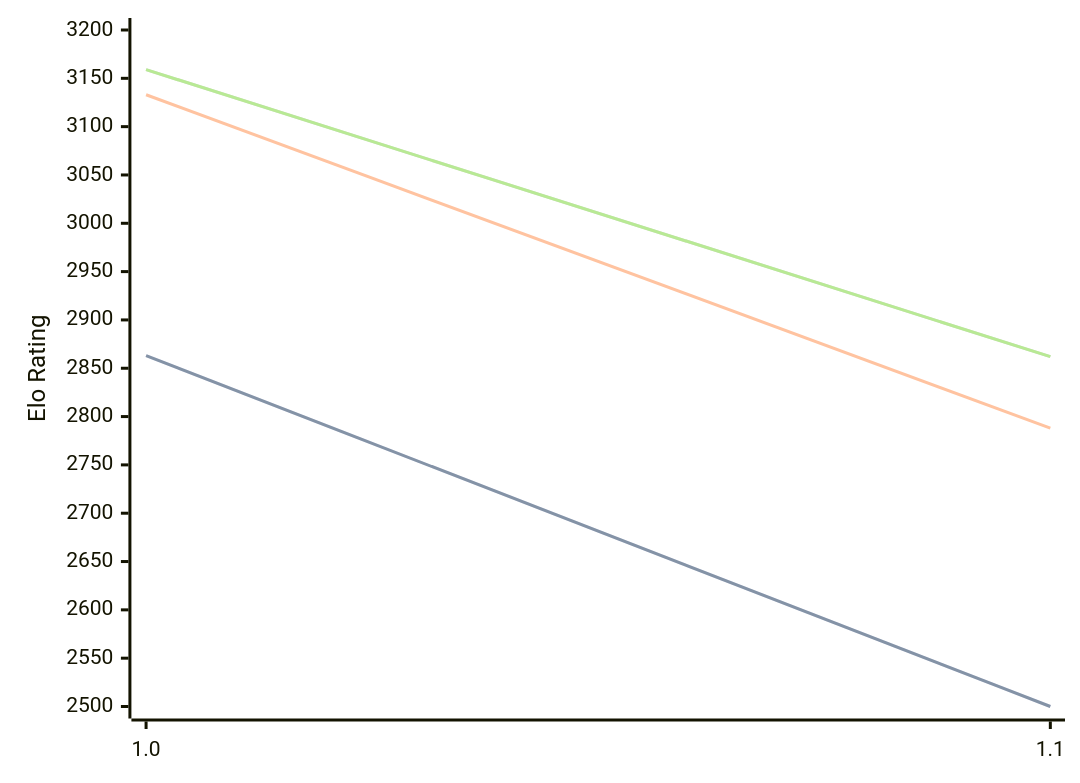
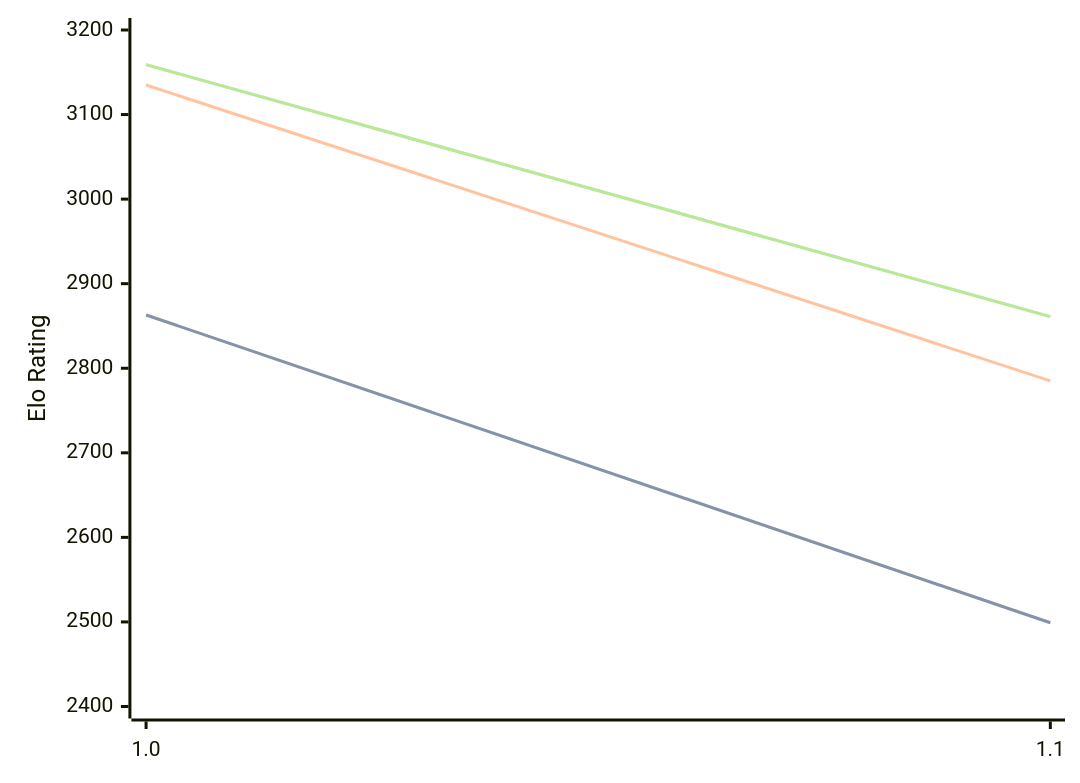
One commit to computer-chess-index/cci changed the diagram in engines/Publius.md. Above: the diagram before and after it, drawn with Mermaid. The commit also changed other lines of this file, not shown here.

Commit message:
Update CCI Ratings (ELO VLTC) - 2026-04-02

````diff
--- a/engines/Publius.md
+++ b/engines/Publius.md
@@ -32,11 +32,11 @@
 ```mermaid
 %%{init: {"theme":"base","themeVariables":{"seriesColors:['#a3a3a3','#222221','#faa371']}}}%%
 xychart-beta
   x-axis ["1.0", "1.1"]
-  y-axis "Elo Rating" 2500 --> 3200
-  line "STC (8.0+0.08s)" [2863, 2500]
-  line "STC (8.0+0.08s)" [2863, 2500]
-  line "LTC (60.0+0.60s)" [3133, 2788]
-  line "VLTC (2m24s+1.12s)" [3159, 2862]
-  line "VLTC (2m24s+1.12s)" [3159, 2862]
+  y-axis "Elo Rating" 2400 --> 3200
+  line "STC (8.0+0.08s)" [2863, 2499]
+  line "STC (8.0+0.08s)" [2863, 2499]
+  line "LTC (60.0+0.60s)" [3135, 2785]
+  line "VLTC (2m24s+1.12s)" [3159, 2861]
+  line "VLTC (2m24s+1.12s)" [3159, 2861]
 ```
````
